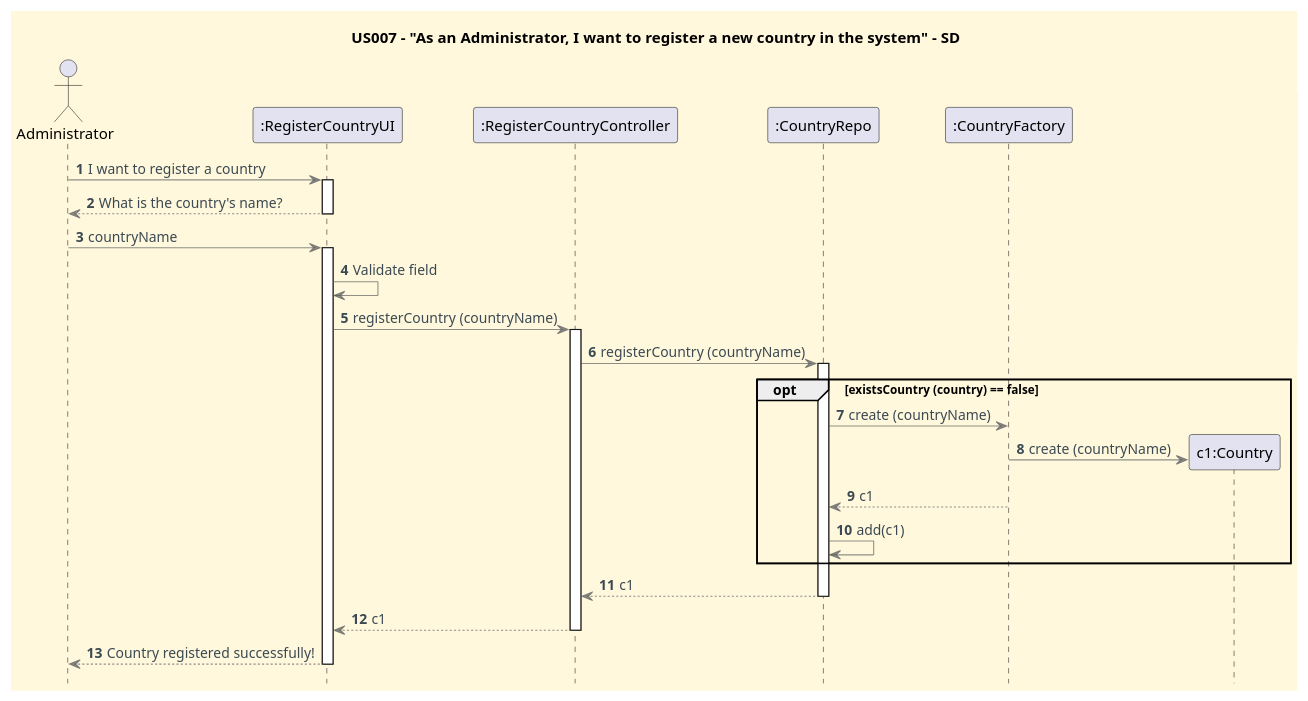
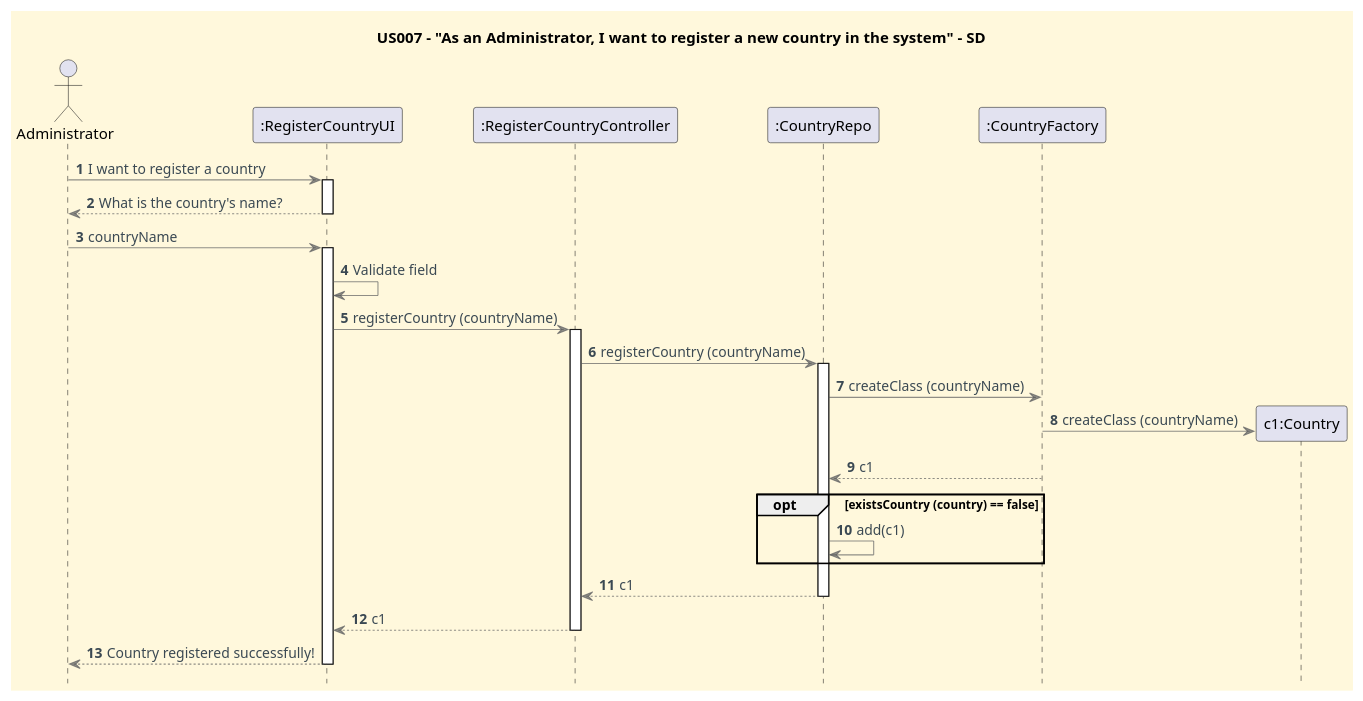
Before and after one commit to CarolinaLeite-collab/JavaMarketplacePlatform: the diagram in docs/userStories/US007/US007_register_a_country_SD.puml, drawn with PlantUML. The commit also changed 1 other file, not shown here.

Commit message:
Update US007 CD and SSD to reflect create method renaming. Adds to #155

```diff
--- a/docs/userStories/US007/US007_register_a_country_SD.puml
+++ b/docs/userStories/US007/US007_register_a_country_SD.puml
@@ -1,58 +1,59 @@
 @startuml
 '==== Title ====
 title US007 - "As an Administrator, I want to register a new country in the system" - SD
 
 '==== basic style ====
 skinparam monochrome false
 
 skinparam defaultFontName Futura
 skinparam objectFontSize 20
 skinparam backgroundColor CornSilk
 skinparam objectBackgroundColor WhiteSmoke
 skinparam noteBackgroundColor #FFFFE0
 skinparam ArrowFontColor #3B4953
 skinparam ArrowColor #57595BAA
 
 hidefootbox
 autonumber
 autoactivate off
 
 ' ==== Actor and participants ====
 actor Administrator as ADM
 participant ":RegisterCountryUI" as UI
 participant ":RegisterCountryController" as CTL
 participant ":CountryRepo" as CR
 participant ":CountryFactory" as FACTORY
 
 
 '==== UI interaction ====
 ADM -> UI: I want to register a country
 activate UI
 UI --> ADM: What is the country's name?
 deactivate UI
 ADM -> UI: countryName
 activate UI
 UI -> UI: Validate field
 
 
 '==== Use case execution ====
 UI -> CTL: registerCountry (countryName)
 activate CTL
 CTL -> CR: registerCountry (countryName)
 activate CR
 
-    opt existsCountry (country) == false
-        CR -> FACTORY: create (countryName)
-        create "c1:Country"
-        FACTORY -> "c1:Country": create (countryName)
-        FACTORY --> CR :c1
+CR -> FACTORY: createClass (countryName)
+create "c1:Country"
+FACTORY -> "c1:Country": createClass (countryName)
+FACTORY --> CR :c1
+
+opt existsCountry (country) == false
         CR -> CR: add(c1)
-    end
+end
 
 CR --> CTL: c1
 deactivate CR
 CTL --> UI: c1
 deactivate CTL
 UI --> ADM : Country registered successfully!
 deactivate UI
 @enduml
```
